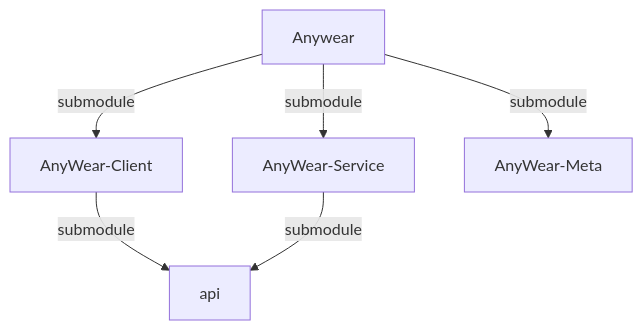
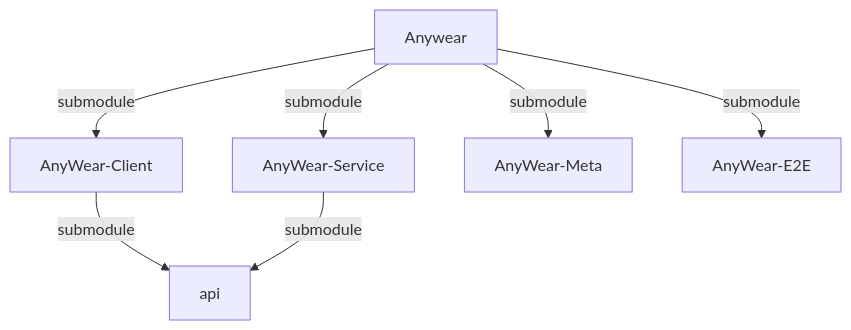
One commit to git-malu/AnyWear-E2E changed the first of 2 diagrams in AGENTS.md. Above: the diagram before and after it, drawn with Mermaid. The commit also changed other lines of this file and 3 other files, not shown here.

````diff
--- a/AGENTS.md
+++ b/AGENTS.md
@@ -19,8 +21,9 @@
 ```mermaid
 graph TD
     Anywear --> |submodule| AnyWear-Client 
     Anywear --> |submodule| AnyWear-Service
     Anywear --> |submodule| AnyWear-Meta
+    Anywear --> |submodule| AnyWear-E2E
     AnyWear-Client --> |submodule| api
     AnyWear-Service --> |submodule| api
 ```
````
